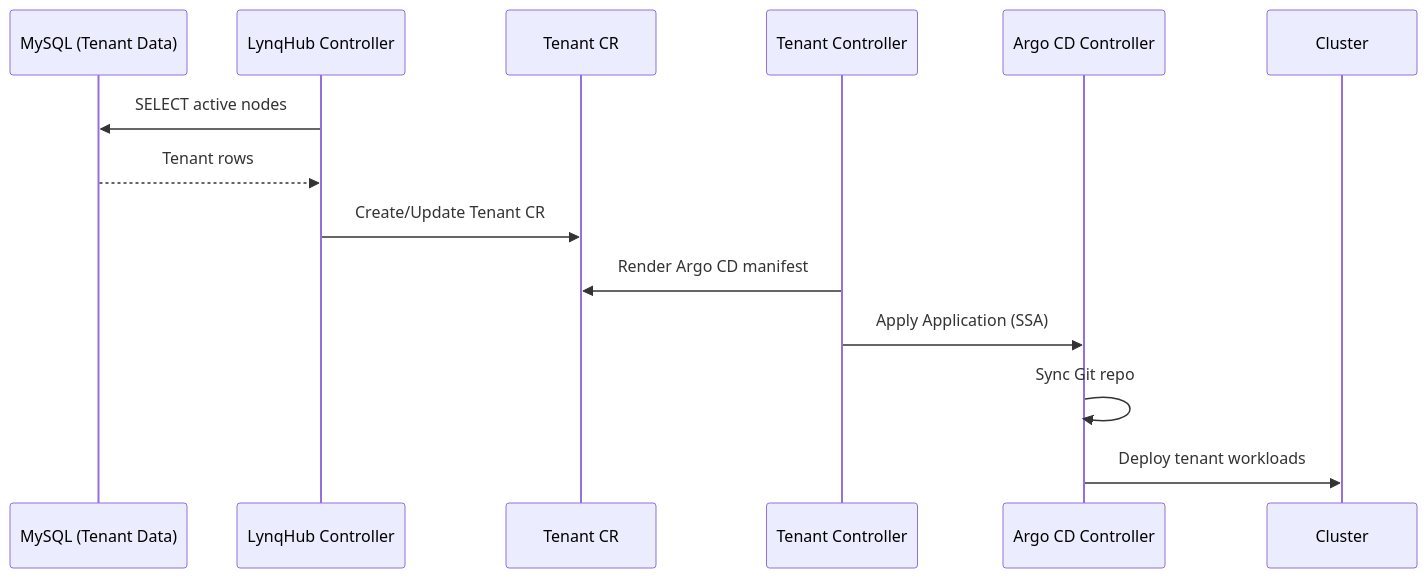
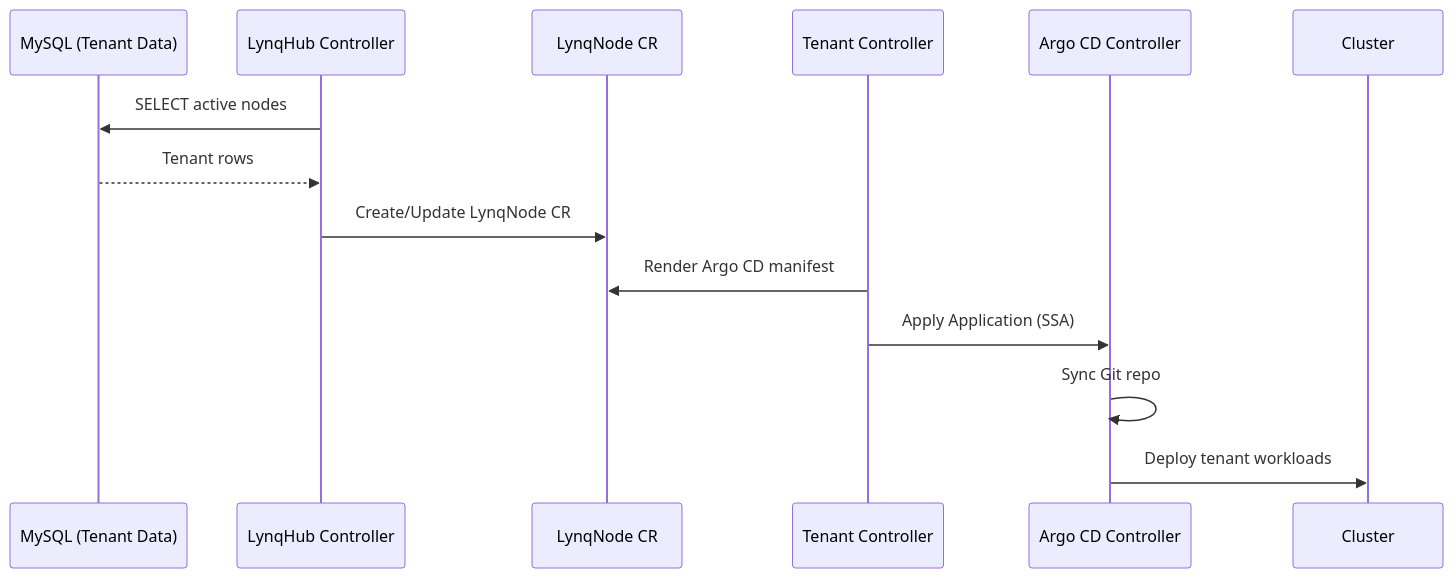
One commit to kubernetes-tenants/tenant-operator changed the second of 3 diagrams in docs/integration-argocd.md. Above: the diagram before and after it, drawn with Mermaid. The commit also changed other lines of this file and 20 other files, not shown here.

Commit message:
Update documentation to use LynqNode instead of Tenant

````diff
--- a/docs/integration-argocd.md
+++ b/docs/integration-argocd.md
@@ -87,16 +87,16 @@
 ```mermaid
 sequenceDiagram
     participant DB as MySQL (Tenant Data)
     participant Registry as LynqHub Controller
-    participant Tenant as Tenant CR
+    participant Tenant as LynqNode CR
     participant Operator as Tenant Controller
     participant Argo as Argo CD Controller
 
     Registry->>DB: SELECT active nodes
     DB-->>Registry: Tenant rows
-    Registry->>Tenant: Create/Update Tenant CR
+    Registry->>Tenant: Create/Update LynqNode CR
     Operator->>Tenant: Render Argo CD manifest
     Operator->>Argo: Apply Application (SSA)
     Argo->>Argo: Sync Git repo
     Argo->>Cluster: Deploy tenant workloads
 ```
````
